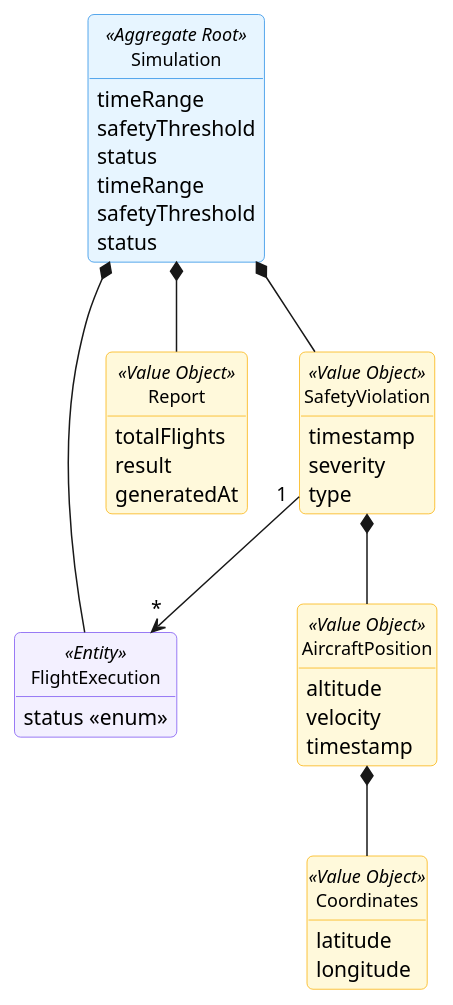
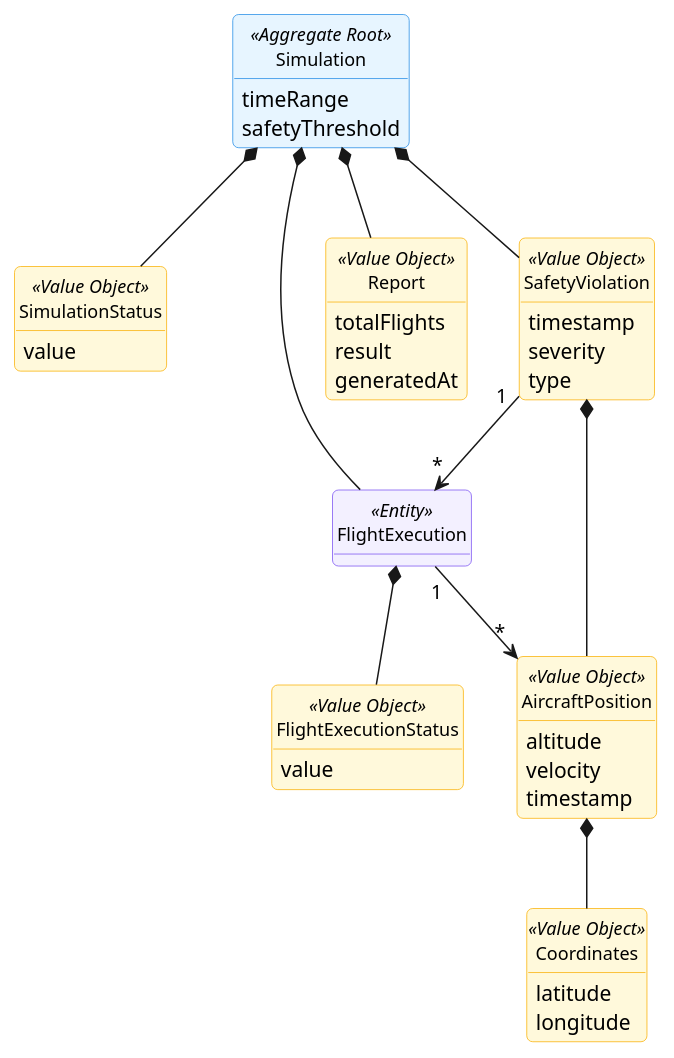
Before and after one commit to GustavoFerreira24/flight-management-platform: the diagram in docs/global-artifacts/02.analysis/puml/Aggregates/SimulationAggregate.puml, drawn with PlantUML. The commit also changed 15 other files, not shown here.

```diff
--- a/docs/global-artifacts/02.analysis/puml/Aggregates/SimulationAggregate.puml
+++ b/docs/global-artifacts/02.analysis/puml/Aggregates/SimulationAggregate.puml
@@ -1,75 +1,80 @@
 @startuml
 skinparam {
     BackgroundColor white
     RoundCorner 8
     Shadowing false
     Handwritten false
     ClassAttributeIconSize 0
     PackageStyle frame
 
     PackageBackgroundColor #F8F9FA
     PackageBorderColor #ADB5BD
 
     ClassBackgroundColor white
     ClassBorderColor #495057
     ClassFontSize 12
 
     ClassBackgroundColor<<Aggregate Root>> #E7F5FF
     ClassBorderColor<<Aggregate Root>> #228BE6
 
     ClassBackgroundColor<<Value Object>> #FFF9DB
     ClassBorderColor<<Value Object>> #FAB005
 
     ClassBackgroundColor<<Entity>> #F3F0FF
     ClassBorderColor<<Entity>> #7950F2
 }
 
 hide circle
 hide methods
 
 class Simulation <<Aggregate Root>> {
-    timeRange
-    safetyThreshold
-    status
-}
-
-class Simulation <<Aggregate Root>> {
         timeRange
         safetyThreshold
-        status
+
+    }
+
+    class SimulationStatus <<Value Object>> {
+        value
     }
 
     class FlightExecution <<Entity>> {
-        status <<enum>>
+
+    }
+
+    class FlightExecutionStatus <<Value Object>> {
+        value
     }
 
     class Report <<Value Object>> {
         totalFlights
         result
         generatedAt
     }
 
     class SafetyViolation <<Value Object>> {
         timestamp
         severity
         type
     }
 
     class AircraftPosition <<Value Object>> {
         altitude
         velocity
         timestamp
     }
     class Coordinates <<Value Object>> {
         latitude
         longitude
     }
 
-Simulation *-- Report
-Simulation *-- SafetyViolation
-Simulation *-- FlightExecution
-SafetyViolation *-- AircraftPosition
-SafetyViolation "1" --> "*" FlightExecution
-AircraftPosition *-- Coordinates
+    Simulation *-- Report
+    Simulation *-- SafetyViolation
+    Simulation *-- FlightExecution
+    Simulation *-- SimulationStatus
+    SafetyViolation *-- AircraftPosition
+    SafetyViolation "1" --> "*" FlightExecution
+    FlightExecution "1" --> "*" AircraftPosition
+    AircraftPosition *-- Coordinates
+    FlightExecution *-- FlightExecutionStatus
 
 @enduml
```
